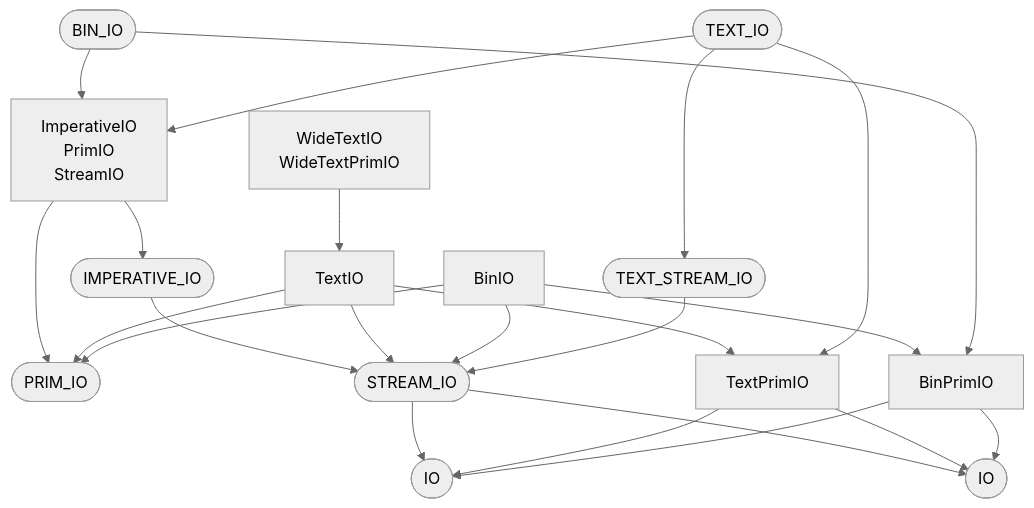
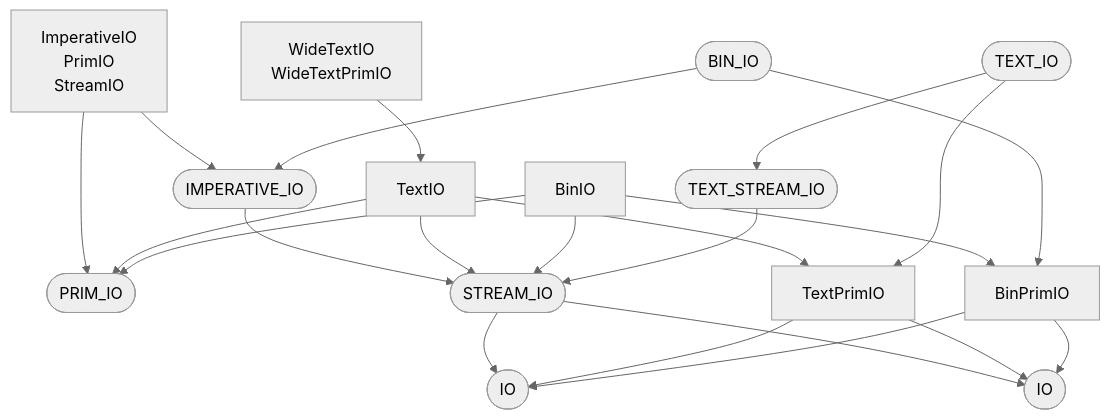
Before and after one commit to ruudkoot/rune: the eighth of 9 diagrams in docs/generated/basis/depends.md, drawn with Mermaid (neutral theme). The commit also changed other lines of this file and 15 other files, not shown here.

````diff
--- a/docs/generated/basis/depends.md
+++ b/docs/generated/basis/depends.md
@@ -388,39 +386,38 @@
 ```mermaid
 flowchart TD
   n65(["IO"])
   n66(["PRIM_IO"])
   n67(["STREAM_IO"])
   n68["TextPrimIO"]
   n69["BinPrimIO"]
   n71(["IMPERATIVE_IO"])
   n72["ImperativeIO<br>PrimIO<br>StreamIO"]
   n73["TextIO"]
   n75["BinIO"]
   n91(["BIN_IO"])
   n103(["IO"])
   n124(["TEXT_STREAM_IO"])
   n134(["TEXT_IO"])
   n148["WideTextIO<br>WideTextPrimIO"]
   n67 --> n103
   n67 --> n65
   n68 --> n103
   n68 --> n65
   n69 --> n103
   n69 --> n65
   n71 --> n67
   n72 --> n71
   n72 --> n66
   n73 --> n67
   n73 --> n66
   n73 --> n68
   n75 --> n69
   n75 --> n67
   n75 --> n66
   n91 --> n69
-  n91 --> n72
+  n91 --> n71
   n124 --> n67
-  n134 --> n72
   n134 --> n124
   n134 --> n68
   n148 --> n73
 ```
````
